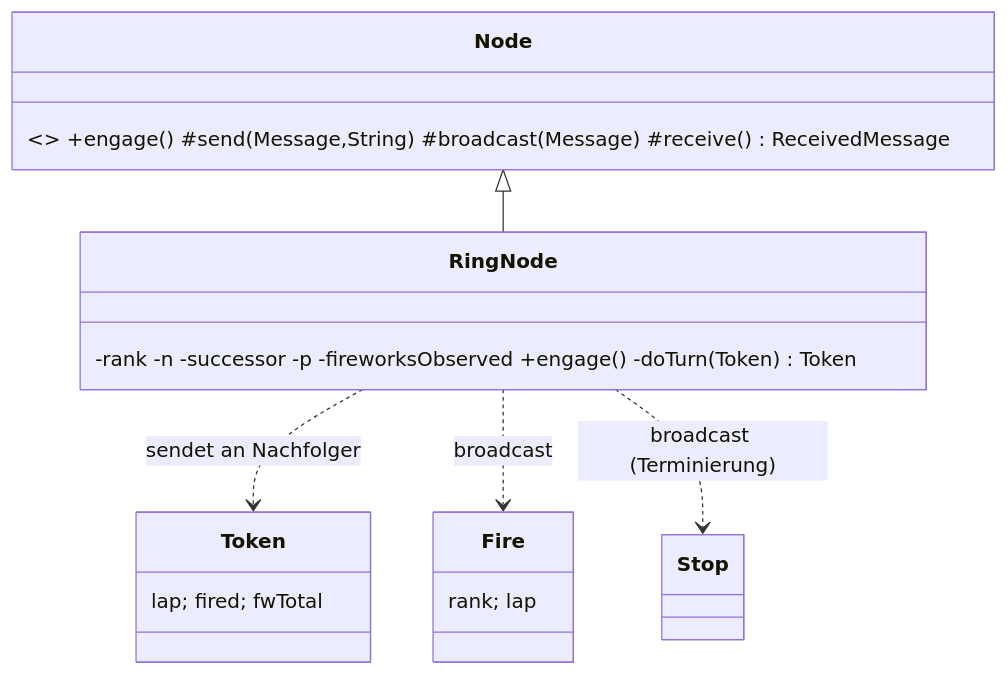
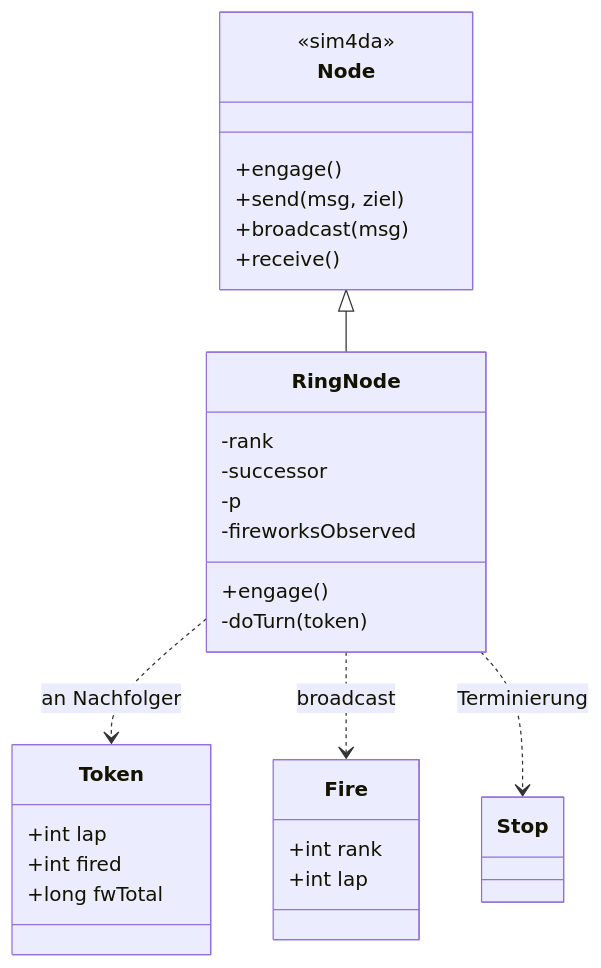
Before and after one commit to TonyMartinMikeTrinh/2026S-DS: the second of 3 diagrams in BERICHT.md, drawn with Mermaid. The commit also changed other lines of this file, not shown here.

````diff
--- a/BERICHT.md
+++ b/BERICHT.md
@@ -113,12 +113,32 @@
 ```mermaid
 classDiagram
-    class Node { <<sim4da>> +engage() #send(Message,String) #broadcast(Message) #receive() ReceivedMessage }
-    class RingNode { -rank -n -successor -p -fireworksObserved +engage() -doTurn(Token) Token }
+    class Node {
+        <<sim4da>>
+        +engage()
+        +send(msg, ziel)
+        +broadcast(msg)
+        +receive()
+    }
+    class RingNode {
+        -rank
+        -successor
+        -p
+        -fireworksObserved
+        +engage()
+        -doTurn(token)
+    }
     Node <|-- RingNode
-    class Token { lap; fired; fwTotal }
-    class Fire { rank; lap }
-    class Stop { }
-    RingNode ..> Token : sendet an Nachfolger
+    class Token {
+        +int lap
+        +int fired
+        +long fwTotal
+    }
+    class Fire {
+        +int rank
+        +int lap
+    }
+    class Stop
+    RingNode ..> Token : an Nachfolger
     RingNode ..> Fire : broadcast
-    RingNode ..> Stop : broadcast (Terminierung)
+    RingNode ..> Stop : Terminierung
 ```
````
